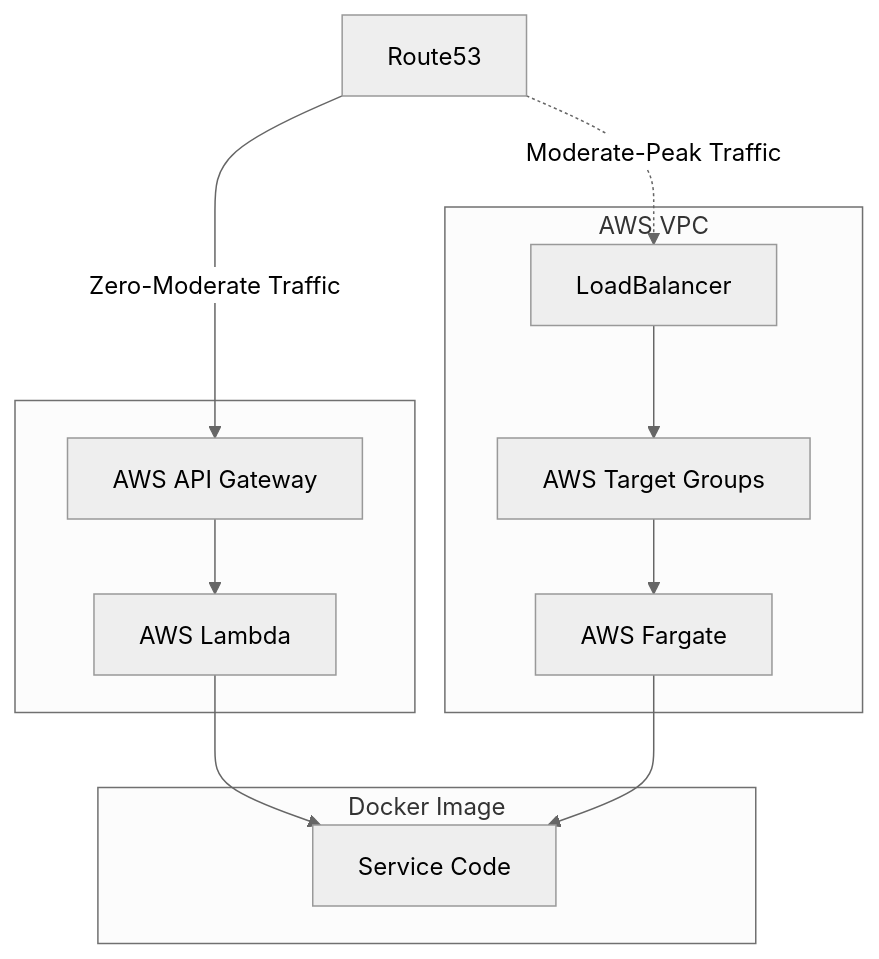
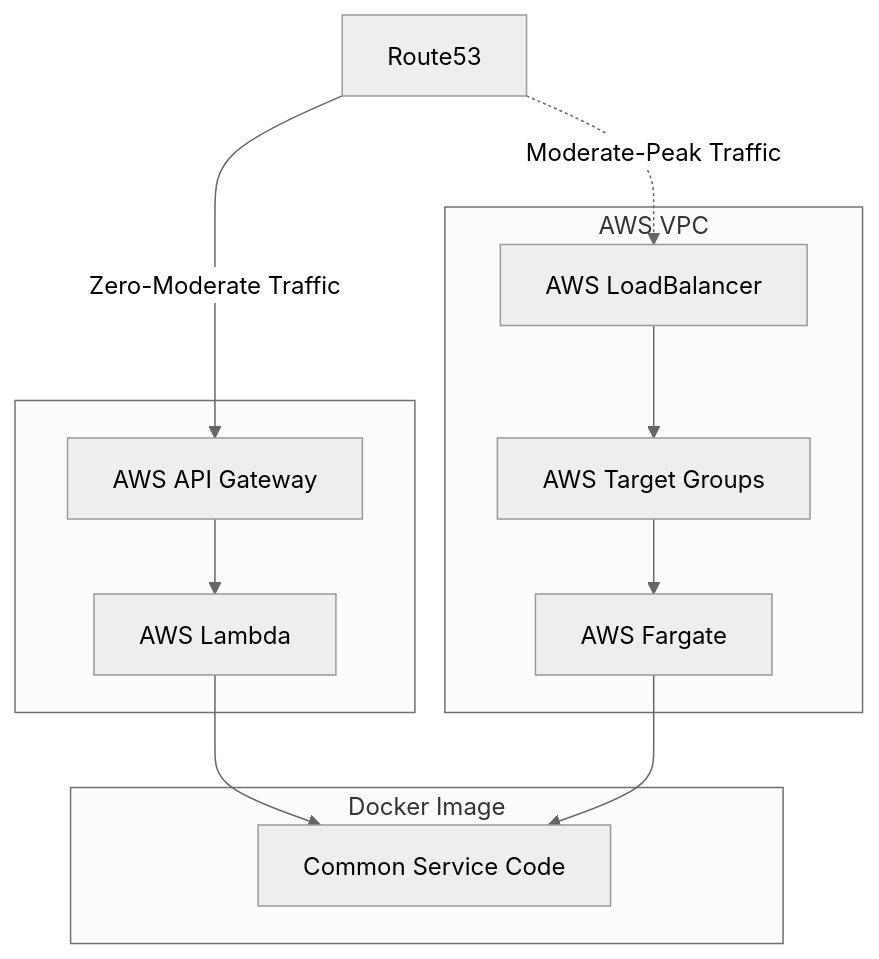
Before and after one commit to okigan/lambdaflex: the diagram in README.md, drawn with Mermaid (neutral theme). The commit also changed other lines of this file, not shown here.

````diff
--- a/README.md
+++ b/README.md
@@ -30,20 +30,19 @@
 ```mermaid
 flowchart TB
     subgraph "Docker Image"
         ServiceCode[Service Code]
     end
 
     subgraph " "
-        APIGateway[AWS API Gateway] --> Lambda[AWS Lambda] --> ServiceCode
+        APIGateway[AWS API Gateway] --> Lambda[AWS Lambda] --> ServiceCode[Common Service Code]
     end
 
     subgraph "AWS VPC"
-        LoadBalancer --> TargetGroups[AWS Target Groups]
+        LoadBalancer[AWS LoadBalancer] --> TargetGroups[AWS Target Groups]
         TargetGroups --> Fargate[AWS Fargate] --> ServiceCode
     end
 
-    
     Route53 -. "Moderate-Peak Traffic" .-> LoadBalancer    
     Route53 -- "Zero-Moderate Traffic" --> APIGateway
 
 ```
````
